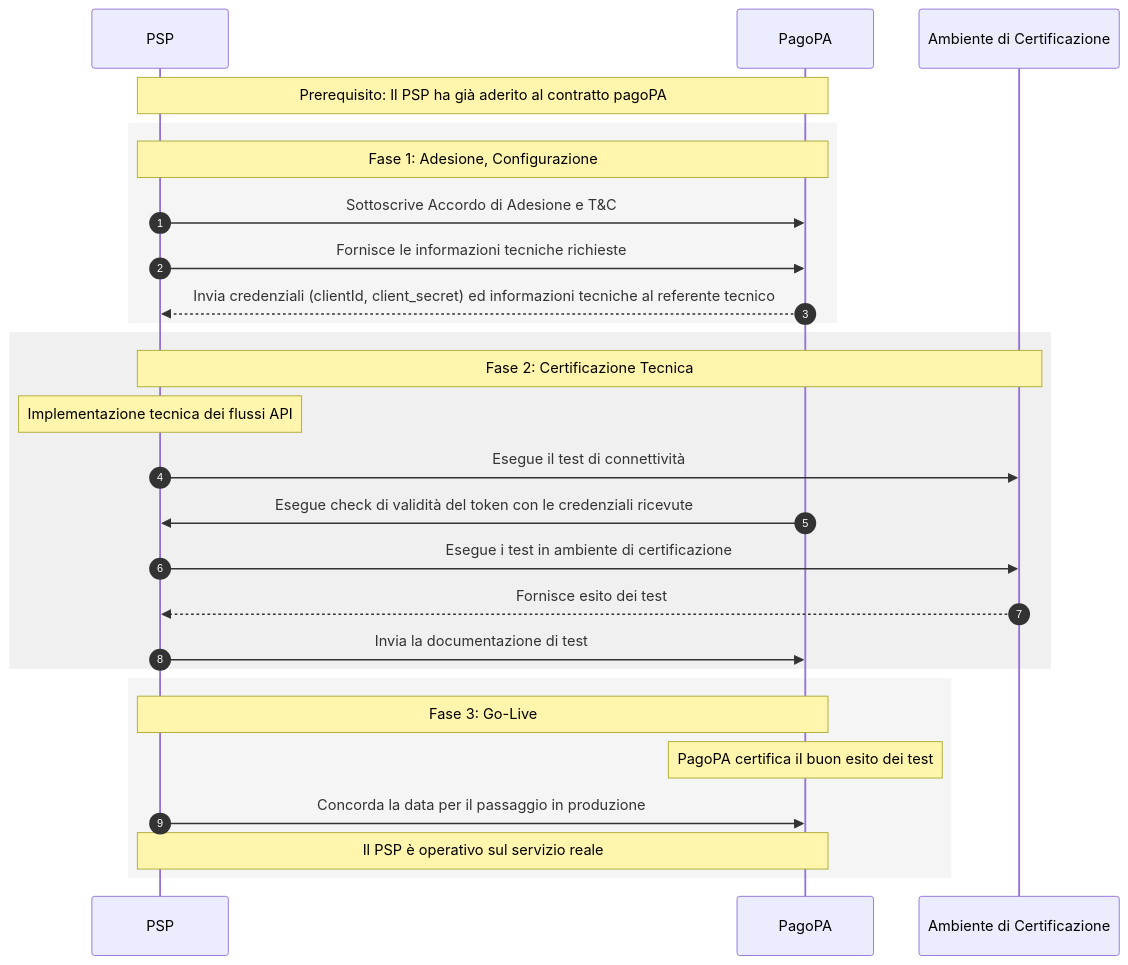
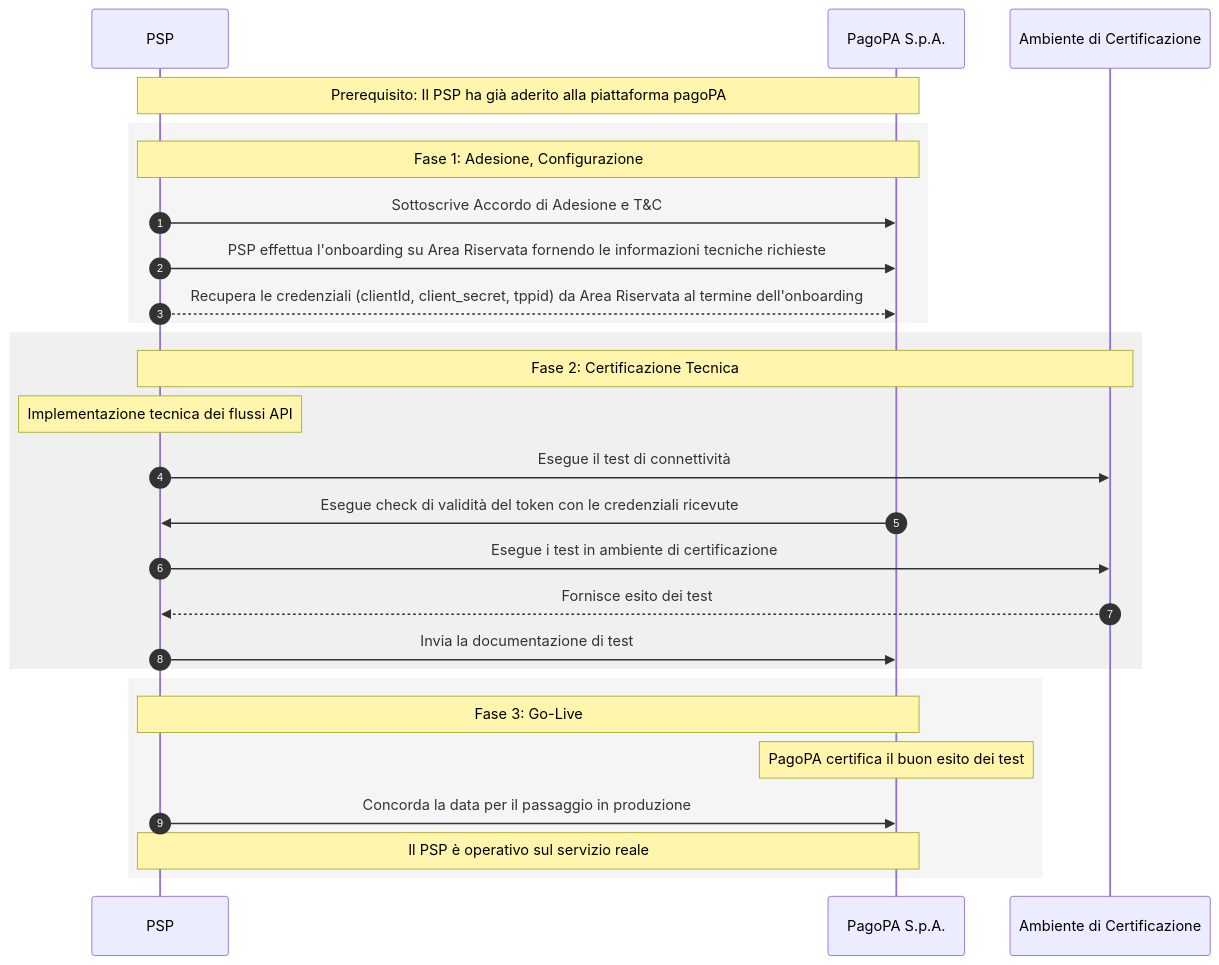
The diagram in docs/mdc/manuale-operativo/v1.0/tutorial-per-i-psp/01-ext-processo-onboarding.md (pagopa/devportal-docs), drawn with Mermaid before and after one commit. The commit also changed other lines of this file and 41 other files, not shown here.

````diff
--- a/docs/mdc/manuale-operativo/v1.0/tutorial-per-i-psp/01-ext-processo-onboarding.md
+++ b/docs/mdc/manuale-operativo/v1.0/tutorial-per-i-psp/01-ext-processo-onboarding.md
@@ -14,33 +7,33 @@
 ```mermaid
 sequenceDiagram
     autonumber
     participant SP as PSP
-    participant PPA as PagoPA
+    participant PPA as PagoPA S.p.A.
     participant AC as Ambiente di Certificazione
 
-    Note over SP, PPA: Prerequisito: Il PSP ha già aderito al contratto pagoPA
+    Note over SP, PPA: Prerequisito: Il PSP ha già aderito alla piattaforma pagoPA
 
     rect rgb(245, 245, 245)
     Note over SP, PPA: Fase 1: Adesione, Configurazione
     SP->>PPA: Sottoscrive Accordo di Adesione e T&C
-    SP->>PPA: Fornisce le informazioni tecniche richieste
-    PPA-->>SP: Invia credenziali (clientId, client_secret) ed informazioni tecniche al referente tecnico
+    SP->>PPA: PSP effettua l'onboarding su Area Riservata fornendo le informazioni tecniche richieste
+    SP-->>PPA: Recupera le credenziali (clientId, client_secret, tppid) da Area Riservata al termine dell'onboarding
     end
 
     rect rgb(240, 240, 240)
     Note over SP, AC: Fase 2: Certificazione Tecnica
     Note over SP: Implementazione tecnica dei flussi API
     SP->>AC: Esegue il test di connettività
     PPA->>SP: Esegue check di validità del token con le credenziali ricevute 
     SP->>AC: Esegue i test in ambiente di certificazione
     AC-->>SP: Fornisce esito dei test
     SP->>PPA: Invia la documentazione di test
     end
 
     rect rgb(245, 245, 245)
     Note over SP, PPA: Fase 3: Go-Live
     Note over PPA: PagoPA certifica il buon esito dei test
     SP->>PPA: Concorda la data per il passaggio in produzione
     Note over SP, PPA: Il PSP è operativo sul servizio reale
     end
 ```
````
